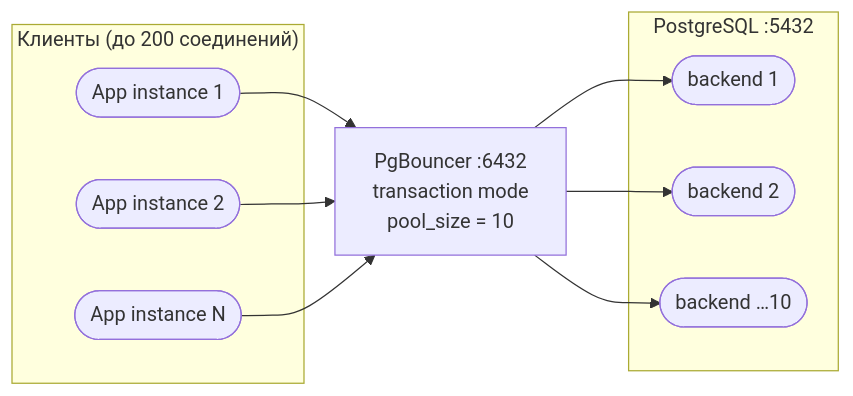
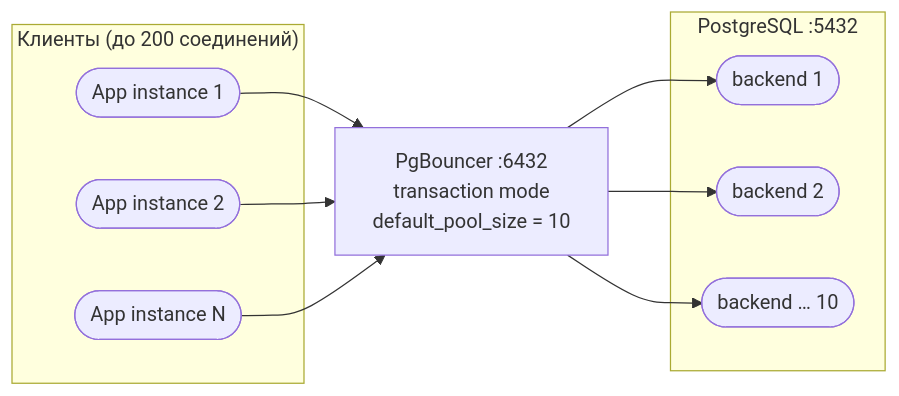
Before and after one commit to sayr777/dba: the diagram in labs/lab_07/lab_07.md, drawn with Mermaid. The commit also changed other lines of this file, not shown here.

````diff
--- a/labs/lab_07/lab_07.md
+++ b/labs/lab_07/lab_07.md
@@ -262,23 +582,23 @@
 ```mermaid
 flowchart LR
     subgraph Clients["Клиенты (до 200 соединений)"]
         C1([App instance 1])
         C2([App instance 2])
         C3([App instance N])
     end
-
-    PGB["PgBouncer :6432\ntransaction mode\npool_size = 10"]
-
+ 
+    PGB["PgBouncer :6432<br/>transaction mode<br/>default_pool_size = 10"]
+ 
     subgraph PG["PostgreSQL :5432"]
         B1([backend 1])
         B2([backend 2])
-        B3([backend …10])
+        B3([backend … 10])
     end
-
+ 
     C1 --> PGB
     C2 --> PGB
     C3 --> PGB
     PGB --> B1
     PGB --> B2
     PGB --> B3
 ```
````
